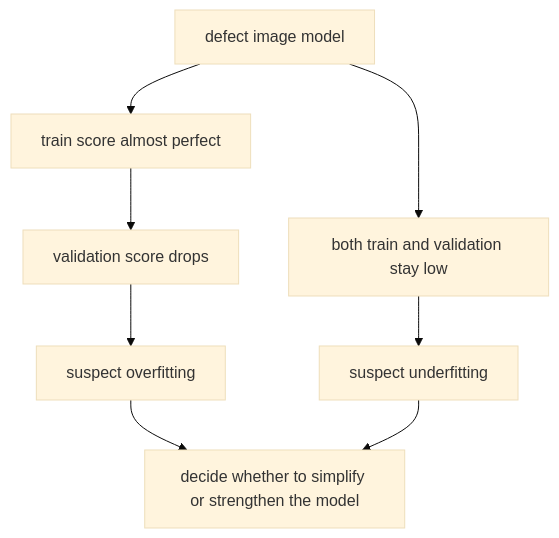
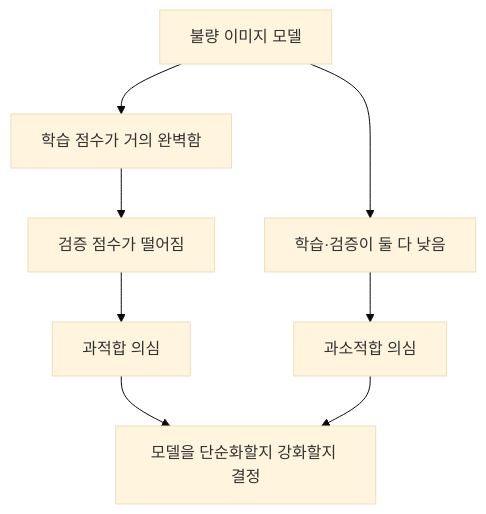
One commit to devchan64/AiBook changed the third of 3 diagrams in docs/parts/part-04/chapter-05/section-01.md. Above: the diagram before and after it, drawn with Mermaid (base theme). The commit also changed other lines of this file and 72 other files, not shown here.

````diff
--- a/docs/parts/part-04/chapter-05/section-01.md
+++ b/docs/parts/part-04/chapter-05/section-01.md
@@ -282,13 +282,13 @@
 ```mermaid
 flowchart TD
-  A["defect image model"]
-  B["train score almost perfect"]
-  C["validation score drops"]
-  D["suspect overfitting"]
-  E["both train and validation stay low"]
-  F["suspect underfitting"]
-  G["decide whether to simplify or strengthen the model"]
+  A["불량 이미지 모델"]
+  B["학습 점수가 거의 완벽함"]
+  C["검증 점수가 떨어짐"]
+  D["과적합 의심"]
+  E["학습·검증이 둘 다 낮음"]
+  F["과소적합 의심"]
+  G["모델을 단순화할지 강화할지 결정"]
 
   A --> B --> C --> D --> G
   A --> E --> F --> G
 ```
````
